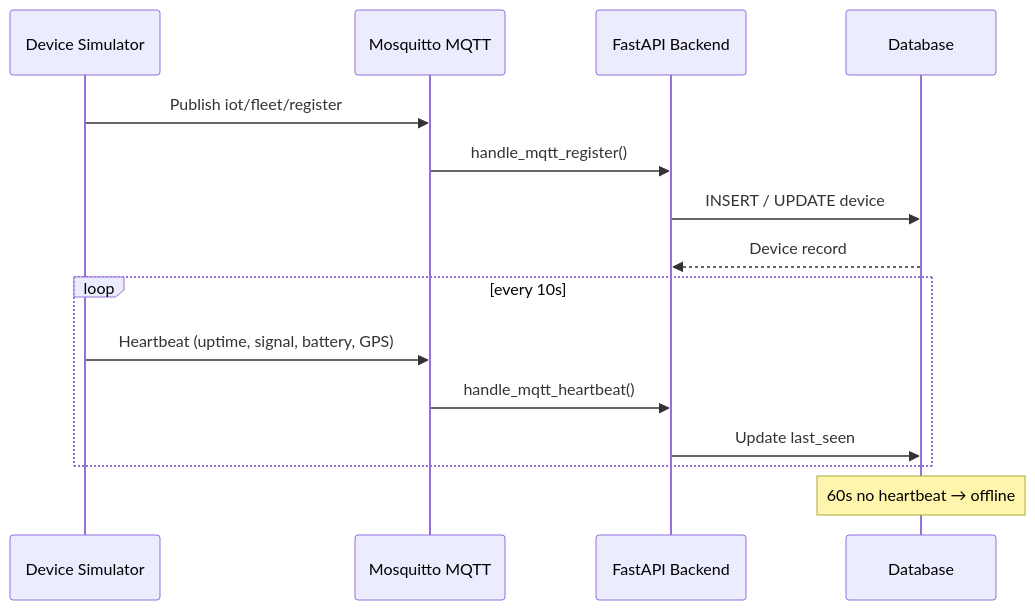
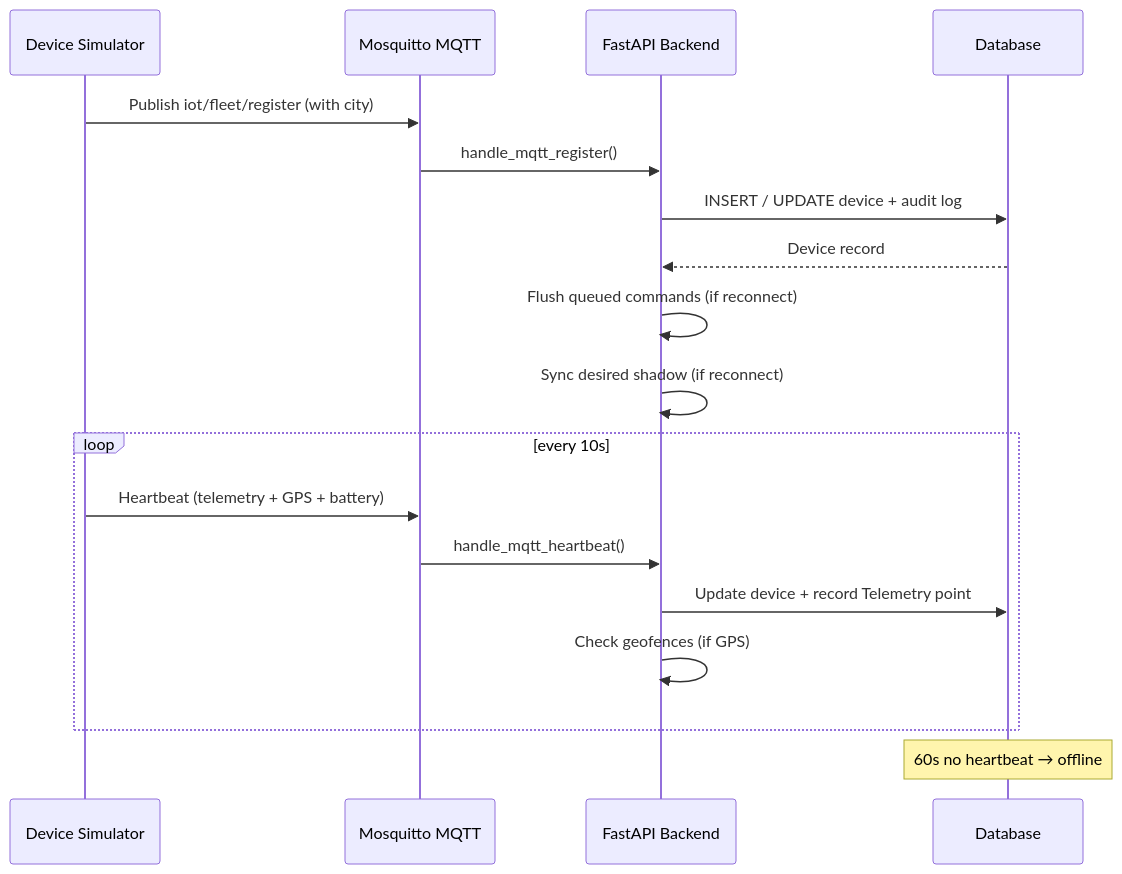
The diagram in architecture.md (yevano09/fleet-management), drawn with Mermaid before and after one commit. The commit also changed other lines of this file and 44 other files, not shown here.

````diff
--- a/architecture.md
+++ b/architecture.md
@@ -37,18 +65,21 @@
 ```mermaid
 sequenceDiagram
     participant Sim as Device Simulator
     participant MQ as Mosquitto MQTT
     participant BE as FastAPI Backend
     participant DB as Database
 
-    Sim->>MQ: Publish iot/fleet/register
+    Sim->>MQ: Publish iot/fleet/register (with city)
     MQ->>BE: handle_mqtt_register()
-    BE->>DB: INSERT / UPDATE device
+    BE->>DB: INSERT / UPDATE device + audit log
     DB-->>BE: Device record
+    BE->>BE: Flush queued commands (if reconnect)
+    BE->>BE: Sync desired shadow (if reconnect)
     loop every 10s
-        Sim->>MQ: Heartbeat (uptime, signal, battery, GPS)
+        Sim->>MQ: Heartbeat (telemetry + GPS + battery)
         MQ->>BE: handle_mqtt_heartbeat()
-        BE->>DB: Update last_seen
+        BE->>DB: Update device + record Telemetry point
+        BE->>BE: Check geofences (if GPS)
     end
     Note over DB: 60s no heartbeat → offline
 ```
````
